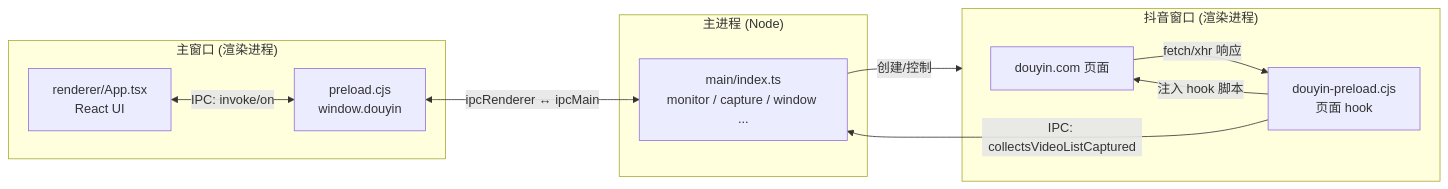
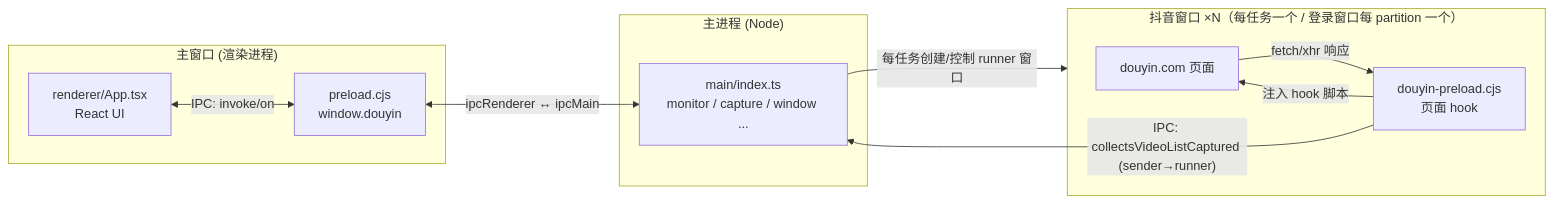
The first of 2 diagrams in apps/desktop/docs/architecture.md (ByteLan/DogeBot), drawn with Mermaid before and after one commit. The commit also changed other lines of this file and 22 other files, not shown here.

First line of the commit message:
feat(desktop): 抖音监听改为每任务独立 runner，支持多 partition 与独立窗口

````diff
--- a/apps/desktop/docs/architecture.md
+++ b/apps/desktop/docs/architecture.md
@@ -130,21 +131,21 @@
 ```mermaid
 flowchart LR
     subgraph Main["主进程 (Node)"]
       M[main/index.ts<br/>monitor / capture / window ...]
     end
     subgraph MainWin["主窗口 (渲染进程)"]
       R[renderer/App.tsx<br/>React UI]
       P1[preload.cjs<br/>window.douyin]
     end
-    subgraph DouyinWin["抖音窗口 (渲染进程)"]
+    subgraph DouyinWin["抖音窗口 ×N（每任务一个 / 登录窗口每 partition 一个）"]
       D[douyin.com 页面]
       P2[douyin-preload.cjs<br/>页面 hook]
     end
 
     R <-- "IPC: invoke/on" --> P1
     P1 <-- "ipcRenderer ↔ ipcMain" --> M
-    M -- "创建/控制" --> DouyinWin
+    M -- "每任务创建/控制 runner 窗口" --> DouyinWin
     P2 -- "注入 hook 脚本" --> D
     D -- "fetch/xhr 响应" --> P2
-    P2 -- "IPC: collectsVideoListCaptured" --> M
+    P2 -- "IPC: collectsVideoListCaptured (sender→runner)" --> M
 ```
````
